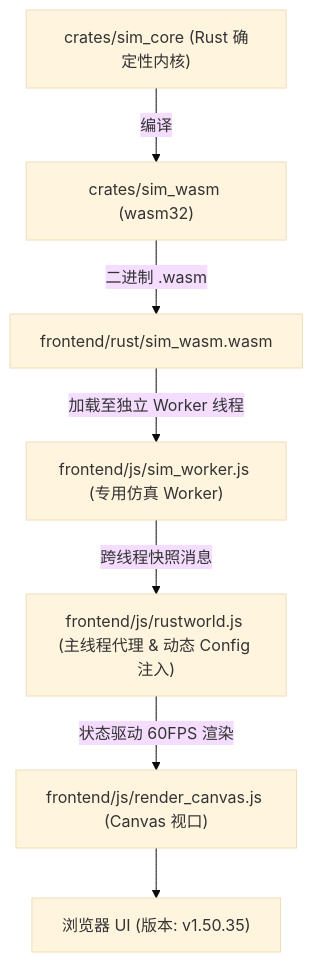
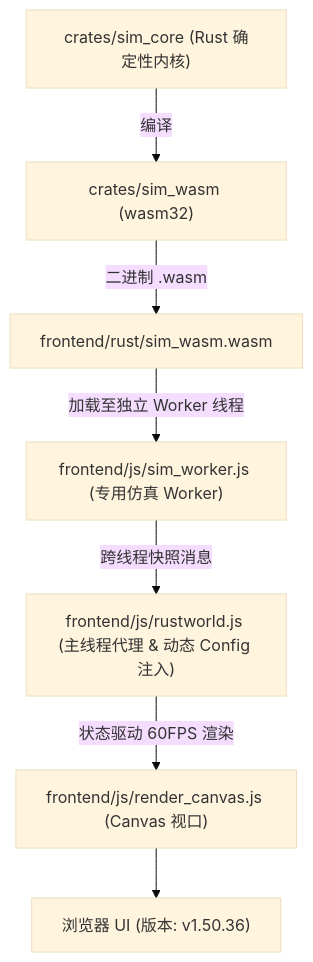
One commit to g39088902/FlowAndAccord changed the diagram in AGENTS.md. Above: the diagram before and after it, drawn with Mermaid (base theme). The commit also changed other lines of this file and 14 other files, not shown here.

````diff
--- a/AGENTS.md
+++ b/AGENTS.md
@@ -61,9 +61,9 @@
 ```mermaid
 graph TD
     A["crates/sim_core (Rust 确定性内核)"] -->|编译| B["crates/sim_wasm (wasm32)"]
     B -->|二进制 .wasm| C["frontend/rust/sim_wasm.wasm"]
     C -->|加载至独立 Worker 线程| D["frontend/js/sim_worker.js (专用仿真 Worker)"]
     D -->|跨线程快照消息| E["frontend/js/rustworld.js (主线程代理 & 动态 Config 注入)"]
     E -->|状态驱动 60FPS 渲染| F["frontend/js/render_canvas.js (Canvas 视口)"]
-    F --> G["浏览器 UI (版本: v1.50.35)"]
+    F --> G["浏览器 UI (版本: v1.50.36)"]
 ```
````
